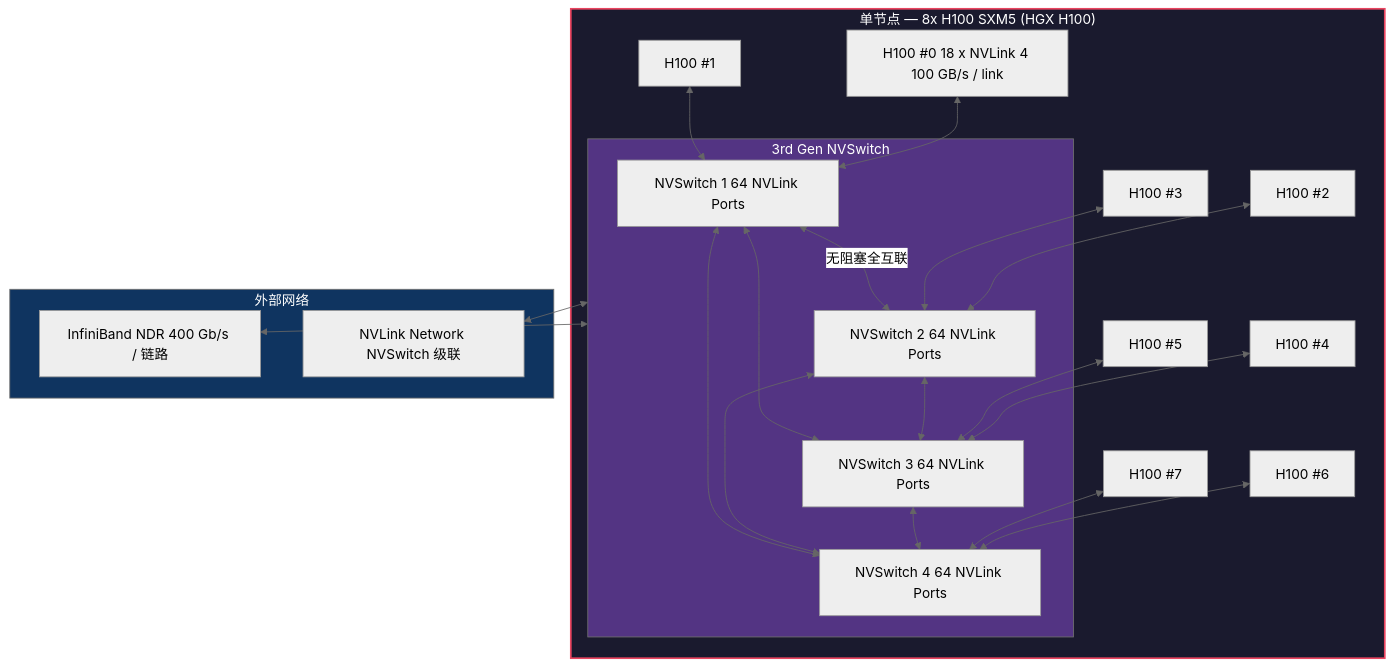
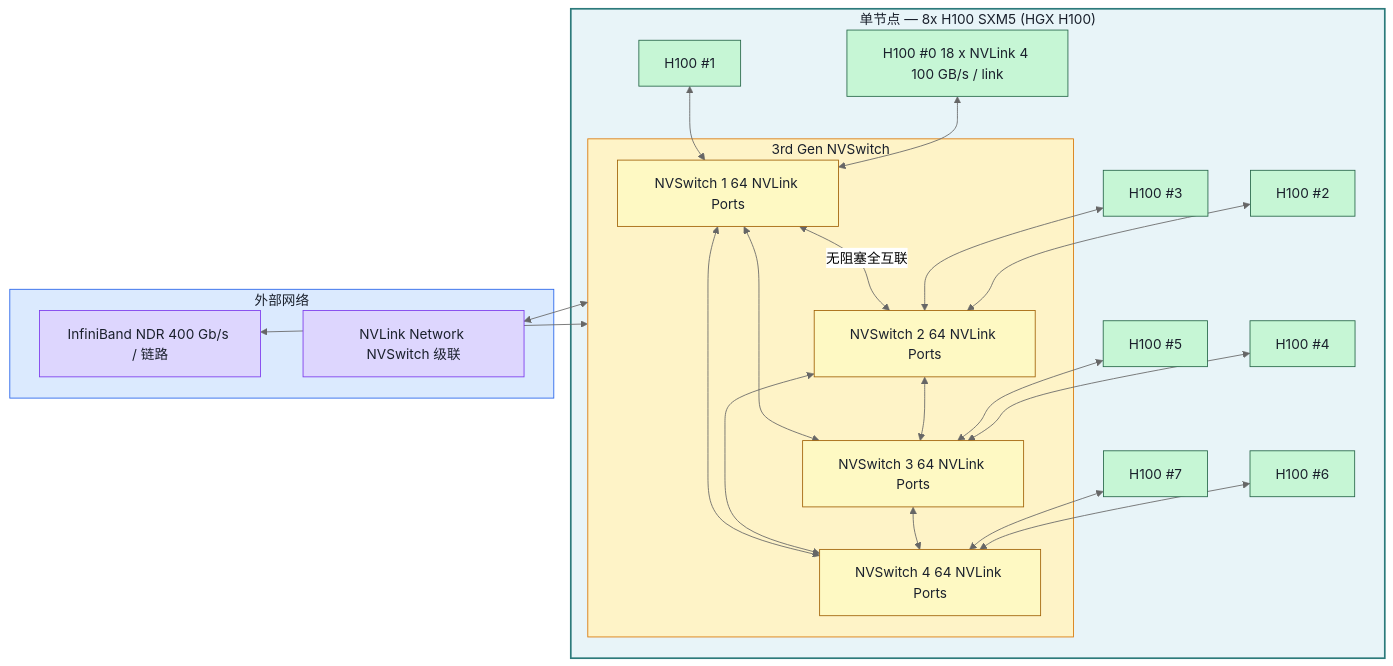
The ninth of 14 diagrams in AI Infra相关/LLM/nvida H100 GPU架构.md (carlvinhust2012/MyStudy), drawn with Mermaid (neutral theme) before and after one commit. The commit also changed other lines of this file, not shown here.

````diff
--- a/AI Infra相关/LLM/nvida H100 GPU架构.md
+++ b/AI Infra相关/LLM/nvida H100 GPU架构.md
@@ -625,48 +647,62 @@
 ```mermaid
 graph TB
     subgraph Node["单节点 — 8x H100 SXM5 (HGX H100)"]
         subgraph NVSwitch_Layer["3rd Gen NVSwitch"]
             NVS1["NVSwitch 1 64 NVLink Ports"]
             NVS2["NVSwitch 2 64 NVLink Ports"]
             NVS3["NVSwitch 3 64 NVLink Ports"]
             NVS4["NVSwitch 4 64 NVLink Ports"]
         end
 
         GPU0["H100 #0 18 x NVLink 4 100 GB/s / link"]
         GPU1["H100 #1"]
         GPU2["H100 #2"]
         GPU3["H100 #3"]
         GPU4["H100 #4"]
         GPU5["H100 #5"]
         GPU6["H100 #6"]
         GPU7["H100 #7"]
 
         GPU0 <--> NVS1
         GPU1 <--> NVS1
         GPU2 <--> NVS2
         GPU3 <--> NVS2
         GPU4 <--> NVS3
         GPU5 <--> NVS3
         GPU6 <--> NVS4
         GPU7 <--> NVS4
 
         NVS1 <-->|"无阻塞全互联"| NVS2
         NVS2 <--> NVS3
         NVS3 <--> NVS4
         NVS1 <--> NVS3
         NVS2 <--> NVS4
         NVS1 <--> NVS4
     end
 
     subgraph External["外部网络"]
         IB["InfiniBand NDR 400 Gb/s / 链路"]
         NET["NVLink Network NVSwitch 级联"]
     end
 
     NVSwitch_Layer <--> IB
     NVSwitch_Layer <--> NET
 
-    style Node fill:#1a1a2e,stroke:#e94560,color:#fff,stroke-width:2px
-    style NVSwitch_Layer fill:#533483,color:#fff
-    style External fill:#0f3460,color:#fff
+    style Node fill:#e8f4f8,stroke:#2c7a7b,color:#1a202c,stroke-width:2px
+    style NVSwitch_Layer fill:#fef3c7,stroke:#d97706,color:#1a202c
+    style External fill:#dbeafe,stroke:#2563eb,color:#1a202c
+    style GPU0 fill:#c6f6d5,stroke:#276749,color:#1a202c
+    style GPU1 fill:#c6f6d5,stroke:#276749,color:#1a202c
+    style GPU2 fill:#c6f6d5,stroke:#276749,color:#1a202c
+    style GPU3 fill:#c6f6d5,stroke:#276749,color:#1a202c
+    style GPU4 fill:#c6f6d5,stroke:#276749,color:#1a202c
+    style GPU5 fill:#c6f6d5,stroke:#276749,color:#1a202c
+    style GPU6 fill:#c6f6d5,stroke:#276749,color:#1a202c
+    style GPU7 fill:#c6f6d5,stroke:#276749,color:#1a202c
+    style NVS1 fill:#fef9c3,stroke:#a16207,color:#1a202c
+    style NVS2 fill:#fef9c3,stroke:#a16207,color:#1a202c
+    style NVS3 fill:#fef9c3,stroke:#a16207,color:#1a202c
+    style NVS4 fill:#fef9c3,stroke:#a16207,color:#1a202c
+    style IB fill:#ddd6fe,stroke:#7c3aed,color:#1a202c
+    style NET fill:#ddd6fe,stroke:#7c3aed,color:#1a202c
 ```
````
